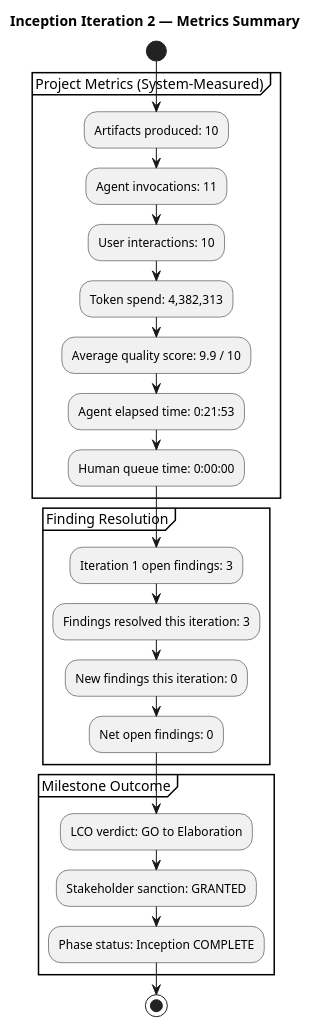
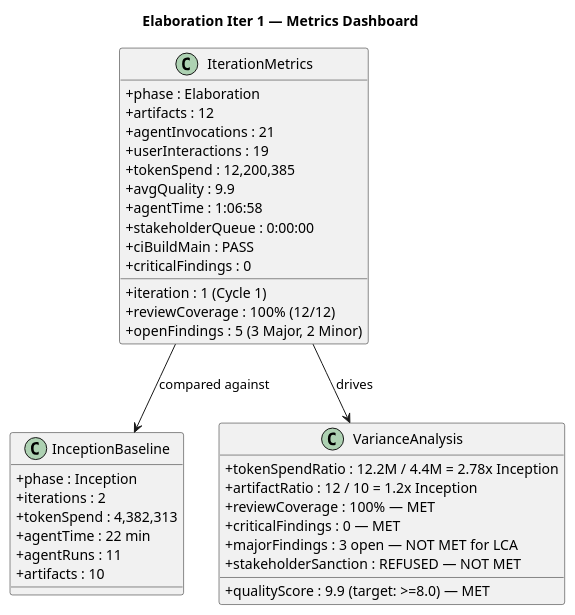
The second of 4 diagrams in docs/artifacts/project-management/iteration-assessment.md (banense-test/portal-cuba-corp), drawn with PlantUML before and after one commit. The commit also changed other lines of this file, not shown here.

First line of the commit message:
Project Manager [E1]: upsert Iteration Assessment

````diff
--- a/docs/artifacts/project-management/iteration-assessment.md
+++ b/docs/artifacts/project-management/iteration-assessment.md
@@ -202,32 +156,46 @@
 ```plantuml
 @startuml
-title Inception Iteration 2 — Metrics Summary
+title Elaboration Iter 1 — Metrics Dashboard
 
-start
+skinparam classAttributeIconSize 0
 
-partition "Project Metrics (System-Measured)" {
-  :Artifacts produced: 10;
-  :Agent invocations: 11;
-  :User interactions: 10;
-  :Token spend: 4,382,313;
-  :Average quality score: 9.9 / 10;
-  :Agent elapsed time: 0:21:53;
-  :Human queue time: 0:00:00;
+class IterationMetrics {
+  + phase : Elaboration
+  + iteration : 1 (Cycle 1)
+  + artifacts : 12
+  + agentInvocations : 21
+  + userInteractions : 19
+  + tokenSpend : 12,200,385
+  + avgQuality : 9.9
+  + agentTime : 1:06:58
+  + stakeholderQueue : 0:00:00
+  + ciBuildMain : PASS
+  + reviewCoverage : 100% (12/12)
+  + openFindings : 5 (3 Major, 2 Minor)
+  + criticalFindings : 0
 }
 
-partition "Finding Resolution" {
-  :Iteration 1 open findings: 3;
-  :Findings resolved this iteration: 3;
-  :New findings this iteration: 0;
-  :Net open findings: 0;
+class InceptionBaseline {
+  + phase : Inception
+  + iterations : 2
+  + tokenSpend : 4,382,313
+  + agentTime : 22 min
+  + agentRuns : 11
+  + artifacts : 10
 }
 
-partition "Milestone Outcome" {
-  :LCO verdict: GO to Elaboration;
-  :Stakeholder sanction: GRANTED;
-  :Phase status: Inception COMPLETE;
+class VarianceAnalysis {
+  + tokenSpendRatio : 12.2M / 4.4M = 2.78x Inception
+  + artifactRatio : 12 / 10 = 1.2x Inception
+  + qualityScore : 9.9 (target: >=8.0) — MET
+  + reviewCoverage : 100% — MET
+  + criticalFindings : 0 — MET
+  + majorFindings : 3 open — NOT MET for LCA
+  + stakeholderSanction : REFUSED — NOT MET
 }
 
-stop
+IterationMetrics --> InceptionBaseline : compared against
+IterationMetrics --> VarianceAnalysis : drives
+
 @enduml
 ```
````
